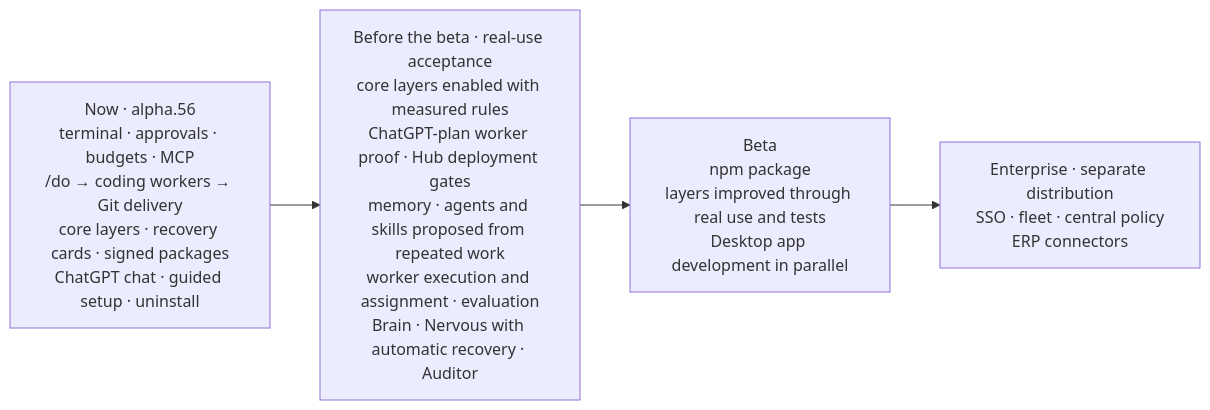
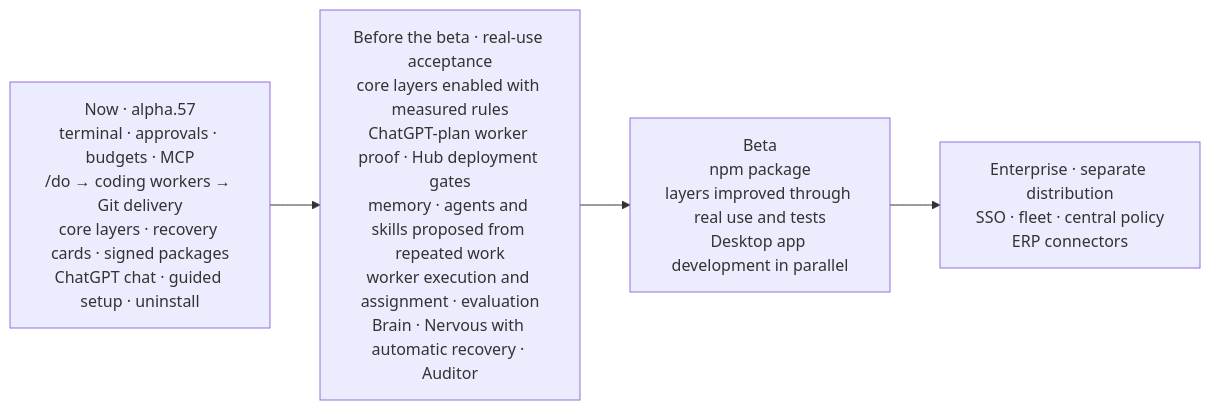
The sixth of 6 diagrams in README.md (Verhex/deckent-next), drawn with Mermaid before and after one commit. The commit also changed other lines of this file and 6 other files, not shown here.

````diff
--- a/README.md
+++ b/README.md
@@ -546,6 +546,6 @@
 ```mermaid
 flowchart LR
-  N["Now · alpha.56<br/>terminal · approvals · budgets · MCP<br/>/do → coding workers → Git delivery<br/>core layers · recovery cards · signed packages<br/>ChatGPT chat · guided setup · uninstall"] --> C["Before the beta · real-use acceptance<br/>core layers enabled with measured rules<br/>ChatGPT-plan worker proof · Hub deployment gates<br/>memory · agents and skills proposed from repeated work<br/>worker execution and assignment · evaluation<br/>Brain · Nervous with automatic recovery · Auditor"]
+  N["Now · alpha.57<br/>terminal · approvals · budgets · MCP<br/>/do → coding workers → Git delivery<br/>core layers · recovery cards · signed packages<br/>ChatGPT chat · guided setup · uninstall"] --> C["Before the beta · real-use acceptance<br/>core layers enabled with measured rules<br/>ChatGPT-plan worker proof · Hub deployment gates<br/>memory · agents and skills proposed from repeated work<br/>worker execution and assignment · evaluation<br/>Brain · Nervous with automatic recovery · Auditor"]
   C --> B["Beta<br/>npm package<br/>layers improved through real use and tests<br/>Desktop app development in parallel"]
   B --> E["Enterprise · separate distribution<br/>SSO · fleet · central policy<br/>ERP connectors"]
 ```
````
